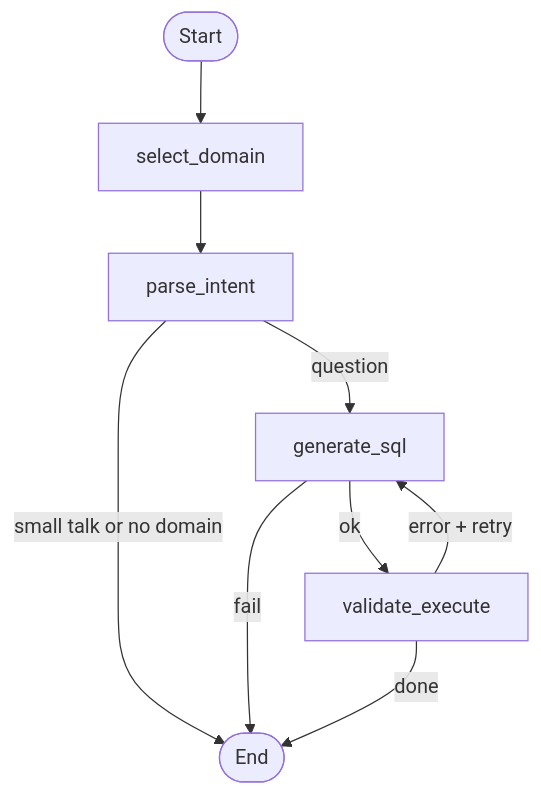
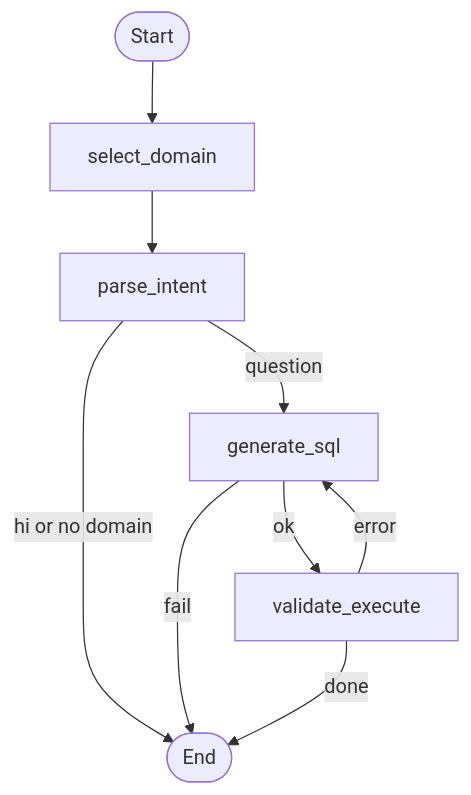
One commit to tashonnelo/text-sql changed the diagram in README.md. Above: the diagram before and after it, drawn with Mermaid.

````diff
--- a/README.md
+++ b/README.md
@@ -1,11 +1,11 @@
 ```mermaid
 flowchart TD
-	A([Start]) --> B[select_domain]
-	B --> C[parse_intent]
-	C -->|small talk or no domain| Z([End])
-	C -->|question| D[generate_sql]
-	D -->|fail| Z
-	D -->|ok| E[validate_execute]
-	E -->|error + retry| D
-	E -->|done| Z
+    A([Start]) --> B[select_domain]
+    B --> C[parse_intent]
+    C -->|hi or no domain| Z([End])
+    C -->|question| D[generate_sql]
+    D -->|fail| Z
+    D -->|ok| E[validate_execute]
+    E -->|error| D
+    E -->|done| Z
 ```
````
